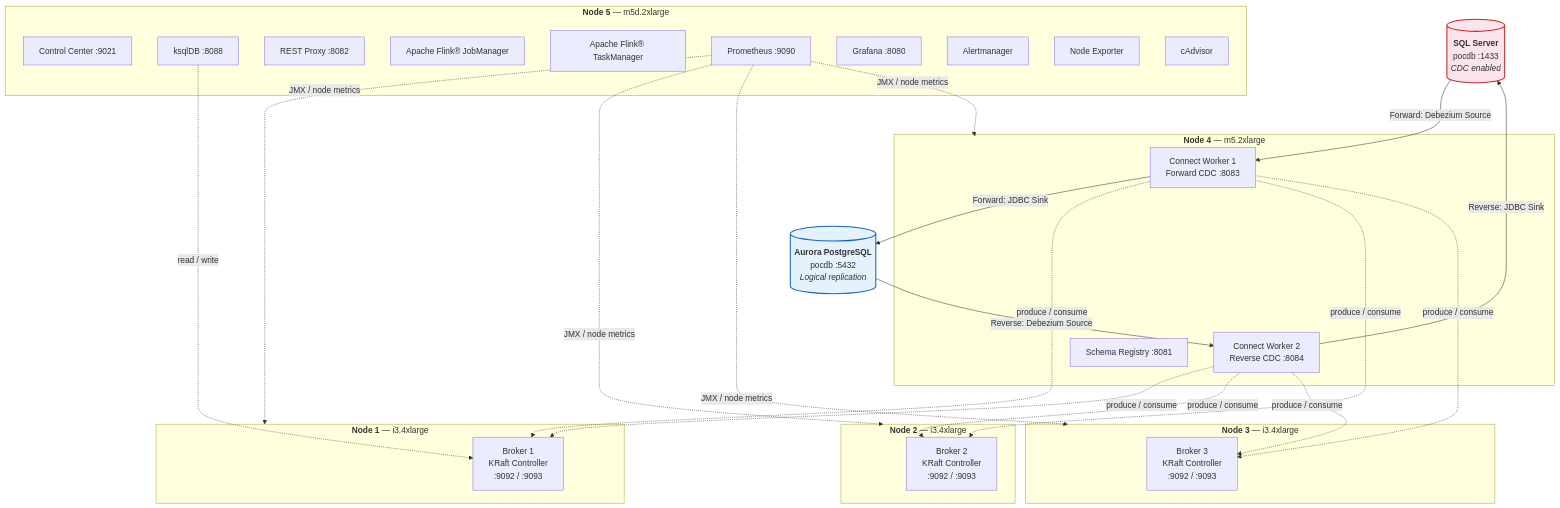
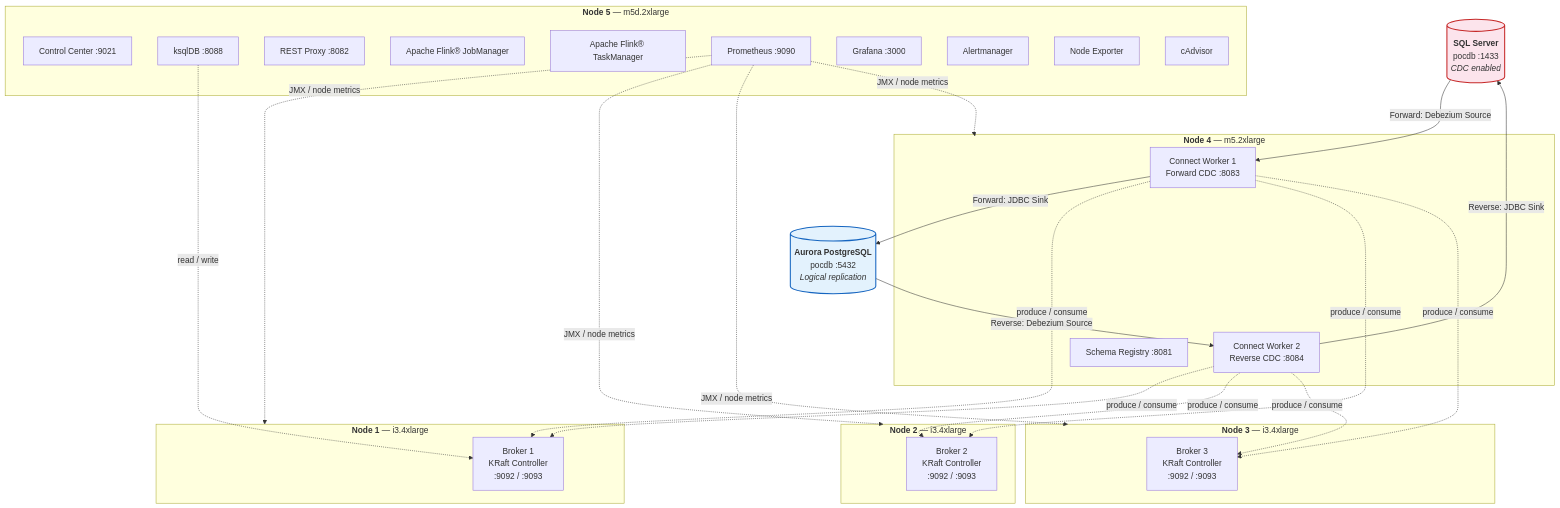
Before and after one commit to vj-beep/cdc-on-ec2-docker: the diagram in README.md, drawn with Mermaid. The commit also changed other lines of this file and 6 other files, not shown here.

````diff
--- a/README.md
+++ b/README.md
@@ -15,62 +15,62 @@
 ```mermaid
 graph TB
     %% ── Source and Target Databases ─────────────────────────
     SQLDB[("<b>SQL Server</b><br/>pocdb :1433<br/><i>CDC enabled</i>")]
     PGDB[("<b>Aurora PostgreSQL</b><br/>pocdb :5432<br/><i>Logical replication</i>")]
 
     %% ── EC2 Nodes 1-3: Pure Kafka Brokers ──────────────────
     subgraph N1["<b>Node 1</b> &mdash; i3.4xlarge"]
         B1["Broker 1<br/>KRaft Controller<br/>:9092 / :9093"]
     end
 
     subgraph N2["<b>Node 2</b> &mdash; i3.4xlarge"]
         B2["Broker 2<br/>KRaft Controller<br/>:9092 / :9093"]
     end
 
     subgraph N3["<b>Node 3</b> &mdash; i3.4xlarge"]
         B3["Broker 3<br/>KRaft Controller<br/>:9092 / :9093"]
     end
 
     %% ── EC2 Node 4: CDC Integration ────────────────────────
     subgraph N4["<b>Node 4</b> &mdash; m5.2xlarge"]
         CW1["Connect Worker 1<br/>Forward CDC :8083"]
         CW2["Connect Worker 2<br/>Reverse CDC :8084"]
         SR["Schema Registry :8081"]
     end
 
     %% ── EC2 Node 5: Ops + Monitoring ───────────────────────
     subgraph N5["<b>Node 5</b> &mdash; m5d.2xlarge"]
         CC["Control Center :9021"]
         KSQL["ksqlDB :8088"]
         RP["REST Proxy :8082"]
         FK_JM["Apache Flink® JobManager"]
         FK_TM["Apache Flink® TaskManager"]
         PR["Prometheus :9090"]
-        GR["Grafana :8080"]
+        GR["Grafana :3000"]
         AM["Alertmanager"]
         NE["Node Exporter"]
         CV["cAdvisor"]
     end
 
     %% ── Forward CDC Path: SQL Server → Aurora ──────────────
     SQLDB -- "Forward: Debezium Source" --> CW1
     CW1 -- "Forward: JDBC Sink" --> PGDB
 
     %% ── Reverse CDC Path: Aurora → SQL Server ──────────────
     PGDB -- "Reverse: Debezium Source" --> CW2
     CW2 -- "Reverse: JDBC Sink" --> SQLDB
 
     %% ── Connect Workers ↔ Kafka Cluster ────────────────────
     CW1 -. "produce / consume" .-> B1 & B2 & B3
     CW2 -. "produce / consume" .-> B1 & B2 & B3
 
     %% ── Stream Processing → Kafka ──────────────────────────
     KSQL -. "read / write" .-> B1
 
     %% ── Monitoring ─────────────────────────────────────────
     PR -. "JMX / node metrics" .-> N1 & N2 & N3 & N4
 
     %% ── Styling ─────────────────────────────────────────────
     style SQLDB fill:#FCE4EC,stroke:#C62828,stroke-width:2px,color:#333
     style PGDB fill:#E3F2FD,stroke:#1565C0,stroke-width:2px,color:#333
 ```
````
